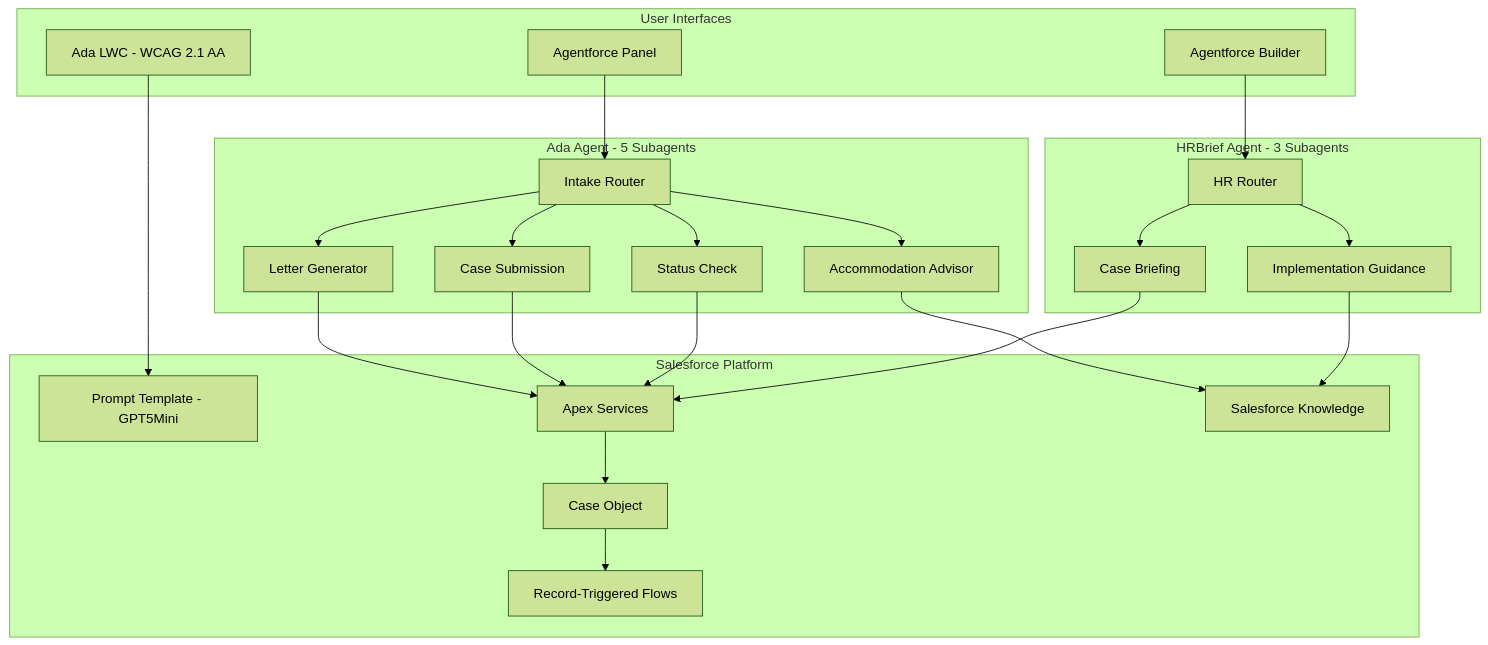
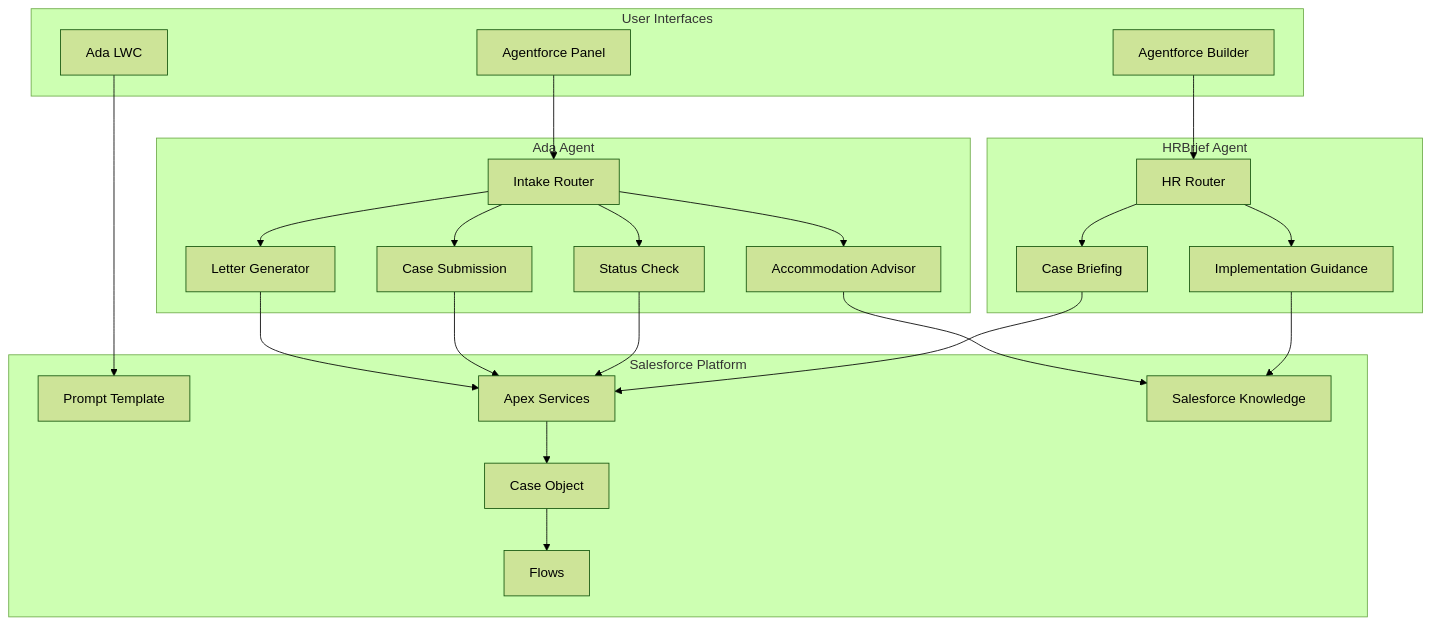
The second of 2 diagrams in README.md (robinparfan-hub/df26-agentforce-advocate), drawn with Mermaid (forest theme) before and after one commit. The commit also changed other lines of this file, not shown here.

Commit message:
Strip all quotes from Mermaid node and edge labels

````diff
--- a/README.md
+++ b/README.md
@@ -34,48 +34,48 @@
 ```mermaid
 graph TD
-    subgraph ui["User Interfaces"]
-        LWC["Ada LWC - WCAG 2.1 AA"]
-        AP["Agentforce Panel"]
-        BP["Agentforce Builder"]
+    subgraph ui[User Interfaces]
+        LWC[Ada LWC]
+        AP[Agentforce Panel]
+        BP[Agentforce Builder]
     end
 
-    subgraph ada["Ada Agent - 5 Subagents"]
-        AR["Intake Router"]
-        AA["Accommodation Advisor"]
-        AL["Letter Generator"]
-        AC["Case Submission"]
-        AS["Status Check"]
+    subgraph ada[Ada Agent]
+        AR[Intake Router]
+        AA[Accommodation Advisor]
+        AL[Letter Generator]
+        AC[Case Submission]
+        AS[Status Check]
     end
 
-    subgraph hrb["HRBrief Agent - 3 Subagents"]
-        HR2["HR Router"]
-        HB["Case Briefing"]
-        HG["Implementation Guidance"]
+    subgraph hrb[HRBrief Agent]
+        HR2[HR Router]
+        HB[Case Briefing]
+        HG[Implementation Guidance]
     end
 
-    subgraph plat["Salesforce Platform"]
-        PT["Prompt Template - GPT5Mini"]
-        CLS["Apex Services"]
-        OBJ["Case Object"]
-        KNW["Salesforce Knowledge"]
-        FLW["Record-Triggered Flows"]
+    subgraph plat[Salesforce Platform]
+        PT[Prompt Template]
+        CLS[Apex Services]
+        OBJ[Case Object]
+        KNW[Salesforce Knowledge]
+        FLW[Flows]
     end
 
     LWC --> PT
     AP --> AR
     BP --> HR2
     AR --> AA
     AR --> AL
     AR --> AC
     AR --> AS
     AA --> KNW
     AL --> CLS
     AC --> CLS
     AS --> CLS
     CLS --> OBJ
     OBJ --> FLW
     HR2 --> HB
     HR2 --> HG
     HB --> CLS
     HG --> KNW
 ```
````
